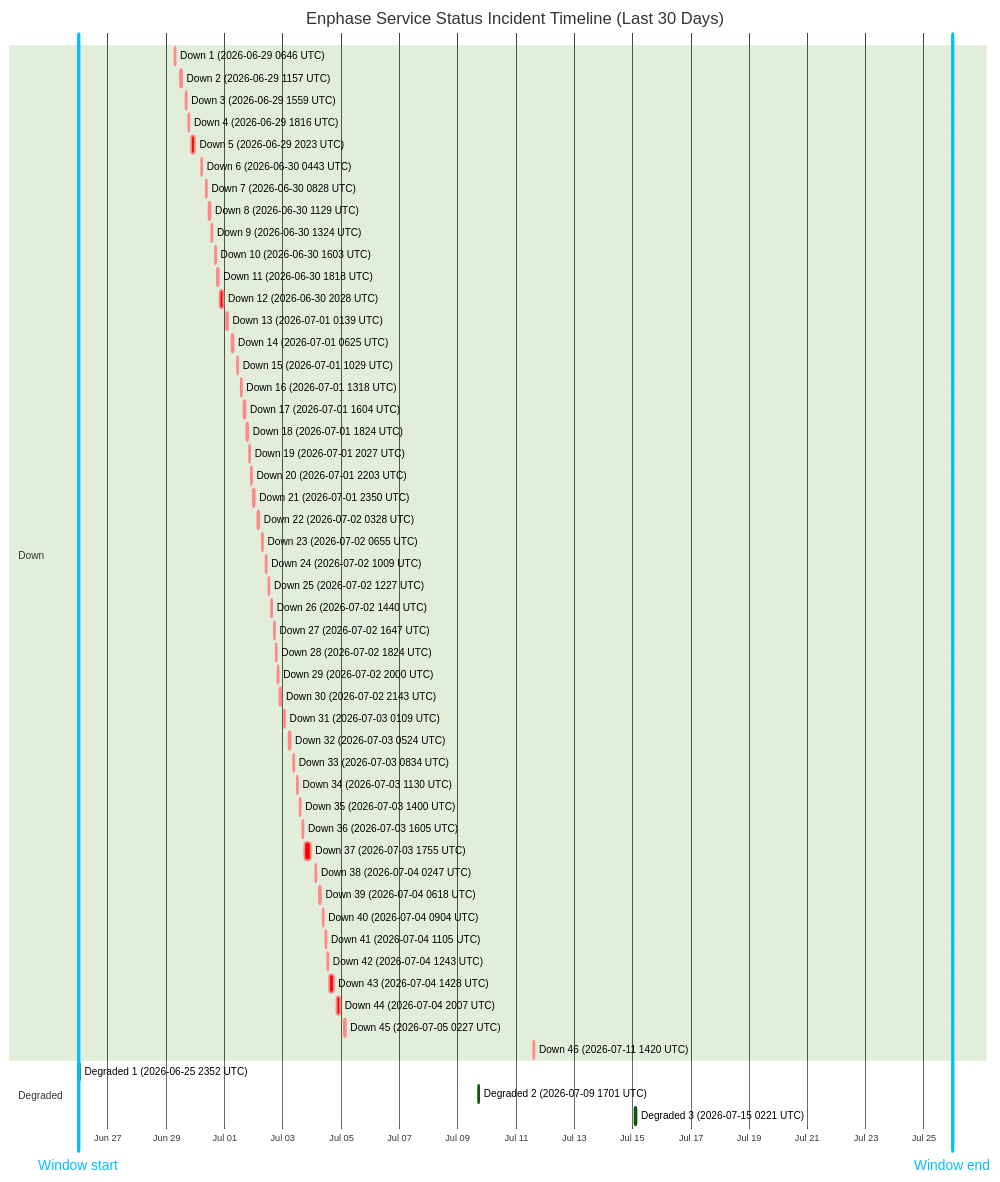
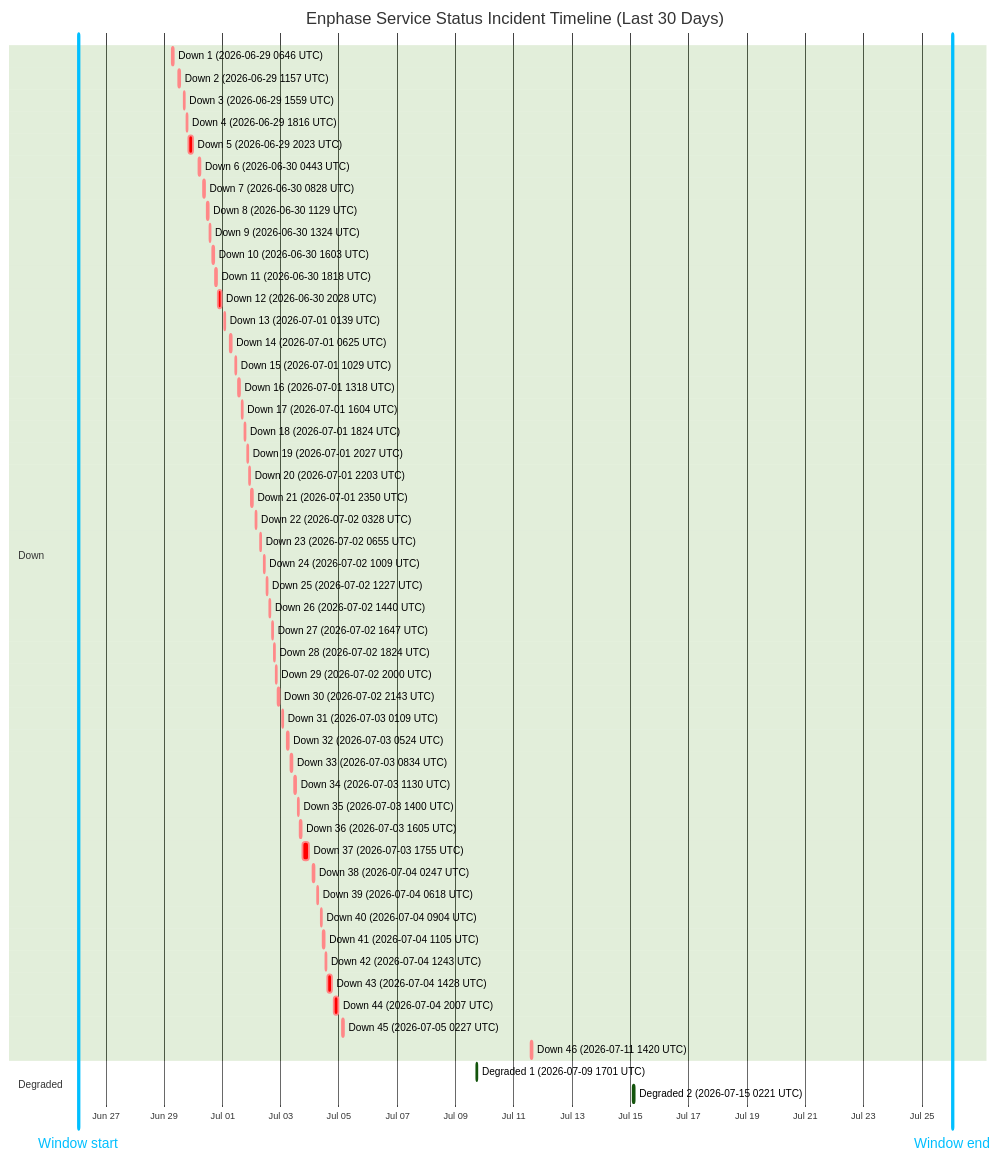
One commit to barneyonline/ha-enphase-energy changed the diagram in wiki/Service-Status-History.md. Above: the diagram before and after it, drawn with Mermaid (forest theme). The commit also changed other lines of this file and 3 other files, not shown here.

````diff
--- a/wiki/Service-Status-History.md
+++ b/wiki/Service-Status-History.md
@@ -14,59 +14,58 @@
 ```mermaid
 gantt
     title Enphase Service Status Incident Timeline (Last 30 Days)
     dateFormat  YYYY-MM-DDTHH:mm:ss
     axisFormat  %b %d
-    Window start :vert, window-start, 2026-06-25T23:29:42, 0ms
-    Window end :vert, window-end, 2026-07-25T23:29:42, 0ms
+    Window start :vert, window-start, 2026-06-26T01:08:53, 0ms
+    Window end :vert, window-end, 2026-07-26T01:08:53, 0ms
     section Down
     Down 1 (2026-06-29 0646 UTC) :crit, down-1, 2026-06-29T06:46:18, 60m
     Down 2 (2026-06-29 1157 UTC) :crit, down-2, 2026-06-29T11:57:36, 60m
     Down 3 (2026-06-29 1559 UTC) :crit, down-3, 2026-06-29T15:59:02, 60m
     Down 4 (2026-06-29 1816 UTC) :crit, down-4, 2026-06-29T18:16:38, 60m
     Down 5 (2026-06-29 2023 UTC) :crit, down-5, 2026-06-29T20:23:16, 220m
     Down 6 (2026-06-30 0443 UTC) :crit, down-6, 2026-06-30T04:43:54, 60m
     Down 7 (2026-06-30 0828 UTC) :crit, down-7, 2026-06-30T08:28:43, 60m
     Down 8 (2026-06-30 1129 UTC) :crit, down-8, 2026-06-30T11:29:15, 60m
     Down 9 (2026-06-30 1324 UTC) :crit, down-9, 2026-06-30T13:24:25, 60m
     Down 10 (2026-06-30 1603 UTC) :crit, down-10, 2026-06-30T16:03:26, 60m
     Down 11 (2026-06-30 1818 UTC) :crit, down-11, 2026-06-30T18:18:39, 60m
     Down 12 (2026-06-30 2028 UTC) :crit, down-12, 2026-06-30T20:28:54, 171m
     Down 13 (2026-07-01 0139 UTC) :crit, down-13, 2026-07-01T01:39:18, 60m
     Down 14 (2026-07-01 0625 UTC) :crit, down-14, 2026-07-01T06:25:35, 60m
     Down 15 (2026-07-01 1029 UTC) :crit, down-15, 2026-07-01T10:29:24, 60m
     Down 16 (2026-07-01 1318 UTC) :crit, down-16, 2026-07-01T13:18:31, 60m
     Down 17 (2026-07-01 1604 UTC) :crit, down-17, 2026-07-01T16:04:29, 60m
     Down 18 (2026-07-01 1824 UTC) :crit, down-18, 2026-07-01T18:24:21, 60m
     Down 19 (2026-07-01 2027 UTC) :crit, down-19, 2026-07-01T20:27:17, 60m
     Down 20 (2026-07-01 2203 UTC) :crit, down-20, 2026-07-01T22:03:46, 60m
     Down 21 (2026-07-01 2350 UTC) :crit, down-21, 2026-07-01T23:50:52, 60m
     Down 22 (2026-07-02 0328 UTC) :crit, down-22, 2026-07-02T03:28:33, 60m
     Down 23 (2026-07-02 0655 UTC) :crit, down-23, 2026-07-02T06:55:07, 60m
     Down 24 (2026-07-02 1009 UTC) :crit, down-24, 2026-07-02T10:09:15, 60m
     Down 25 (2026-07-02 1227 UTC) :crit, down-25, 2026-07-02T12:27:49, 60m
     Down 26 (2026-07-02 1440 UTC) :crit, down-26, 2026-07-02T14:40:53, 60m
     Down 27 (2026-07-02 1647 UTC) :crit, down-27, 2026-07-02T16:47:47, 60m
     Down 28 (2026-07-02 1824 UTC) :crit, down-28, 2026-07-02T18:24:26, 60m
     Down 29 (2026-07-02 2000 UTC) :crit, down-29, 2026-07-02T20:00:57, 60m
     Down 30 (2026-07-02 2143 UTC) :crit, down-30, 2026-07-02T21:43:52, 80m
     Down 31 (2026-07-03 0109 UTC) :crit, down-31, 2026-07-03T01:09:19, 60m
     Down 32 (2026-07-03 0524 UTC) :crit, down-32, 2026-07-03T05:24:23, 60m
     Down 33 (2026-07-03 0834 UTC) :crit, down-33, 2026-07-03T08:34:05, 60m
     Down 34 (2026-07-03 1130 UTC) :crit, down-34, 2026-07-03T11:30:41, 60m
     Down 35 (2026-07-03 1400 UTC) :crit, down-35, 2026-07-03T14:00:48, 60m
     Down 36 (2026-07-03 1605 UTC) :crit, down-36, 2026-07-03T16:05:49, 60m
     Down 37 (2026-07-03 1755 UTC) :crit, down-37, 2026-07-03T17:55:54, 338m
     Down 38 (2026-07-04 0247 UTC) :crit, down-38, 2026-07-04T02:47:22, 60m
     Down 39 (2026-07-04 0618 UTC) :crit, down-39, 2026-07-04T06:18:09, 60m
     Down 40 (2026-07-04 0904 UTC) :crit, down-40, 2026-07-04T09:04:41, 60m
     Down 41 (2026-07-04 1105 UTC) :crit, down-41, 2026-07-04T11:05:21, 60m
     Down 42 (2026-07-04 1243 UTC) :crit, down-42, 2026-07-04T12:43:25, 60m
     Down 43 (2026-07-04 1428 UTC) :crit, down-43, 2026-07-04T14:28:07, 243m
     Down 44 (2026-07-04 2007 UTC) :crit, down-44, 2026-07-04T20:07:50, 206m
     Down 45 (2026-07-05 0227 UTC) :crit, down-45, 2026-07-05T02:27:32, 109m
     Down 46 (2026-07-11 1420 UTC) :crit, down-46, 2026-07-11T14:20:54, 69m
     section Degraded
-    Degraded 1 (2026-06-25 2352 UTC) :active, degraded-1, 2026-06-25T23:52:01, 60m
-    Degraded 2 (2026-07-09 1701 UTC) :active, degraded-2, 2026-07-09T17:01:02, 60m
-    Degraded 3 (2026-07-15 0221 UTC) :active, degraded-3, 2026-07-15T02:21:35, 60m
+    Degraded 1 (2026-07-09 1701 UTC) :active, degraded-1, 2026-07-09T17:01:02, 60m
+    Degraded 2 (2026-07-15 0221 UTC) :active, degraded-2, 2026-07-15T02:21:35, 60m
 ```
````
